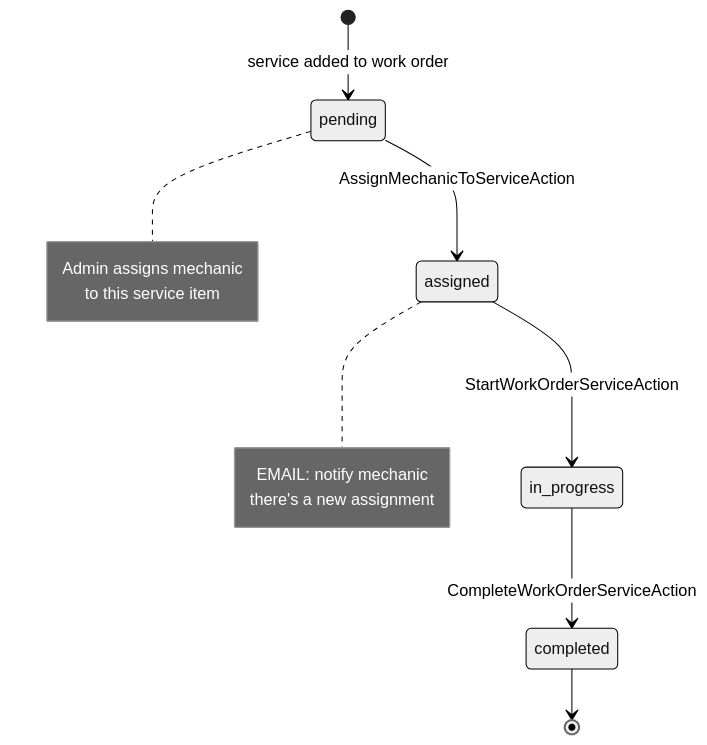
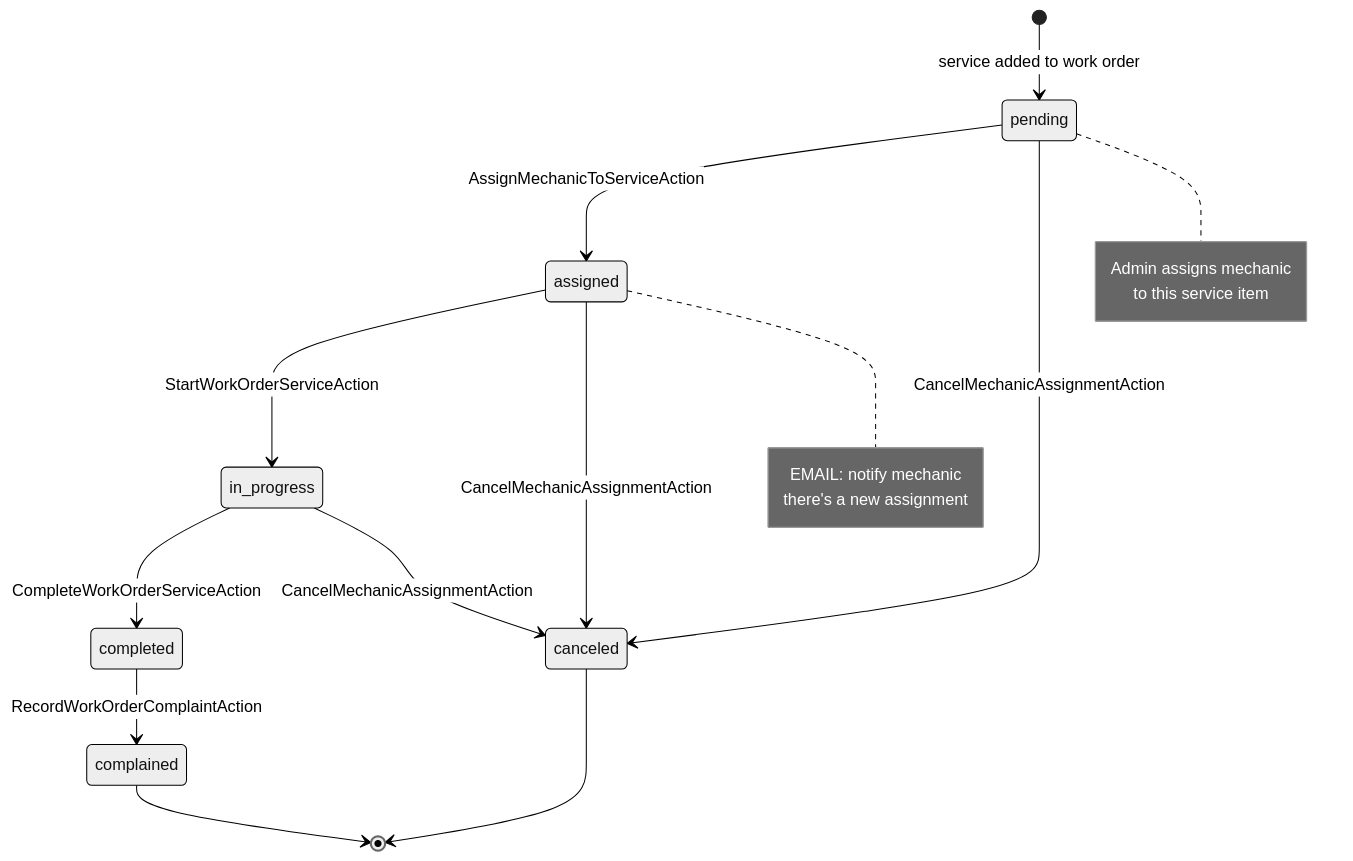
Before and after one commit to dharmasaputraa/car-workshop: the third of 7 diagrams in docs/architecture-en.md, drawn with Mermaid (neutral theme). The commit also changed other lines of this file and 1 other file, not shown here.

Commit message:
docs: sync ERD and state machines with actual codebase implementation

````diff
--- a/docs/architecture-en.md
+++ b/docs/architecture-en.md
@@ -713,20 +716,26 @@
 ```mermaid
 stateDiagram-v2
     [*] --> pending : service added to work order
 
     pending --> assigned : AssignMechanicToServiceAction
+    pending --> canceled : CancelMechanicAssignmentAction
     note right of pending
         Admin assigns mechanic
         to this service item
     end note
 
     assigned --> in_progress : StartWorkOrderServiceAction
+    assigned --> canceled : CancelMechanicAssignmentAction
     note right of assigned
         EMAIL: notify mechanic
         there's a new assignment
     end note
 
     in_progress --> completed : CompleteWorkOrderServiceAction
+    in_progress --> canceled : CancelMechanicAssignmentAction
 
-    completed --> [*]
+    completed --> complained : RecordWorkOrderComplaintAction
+
+    complained --> [*]
+    canceled --> [*]
 ```
````
